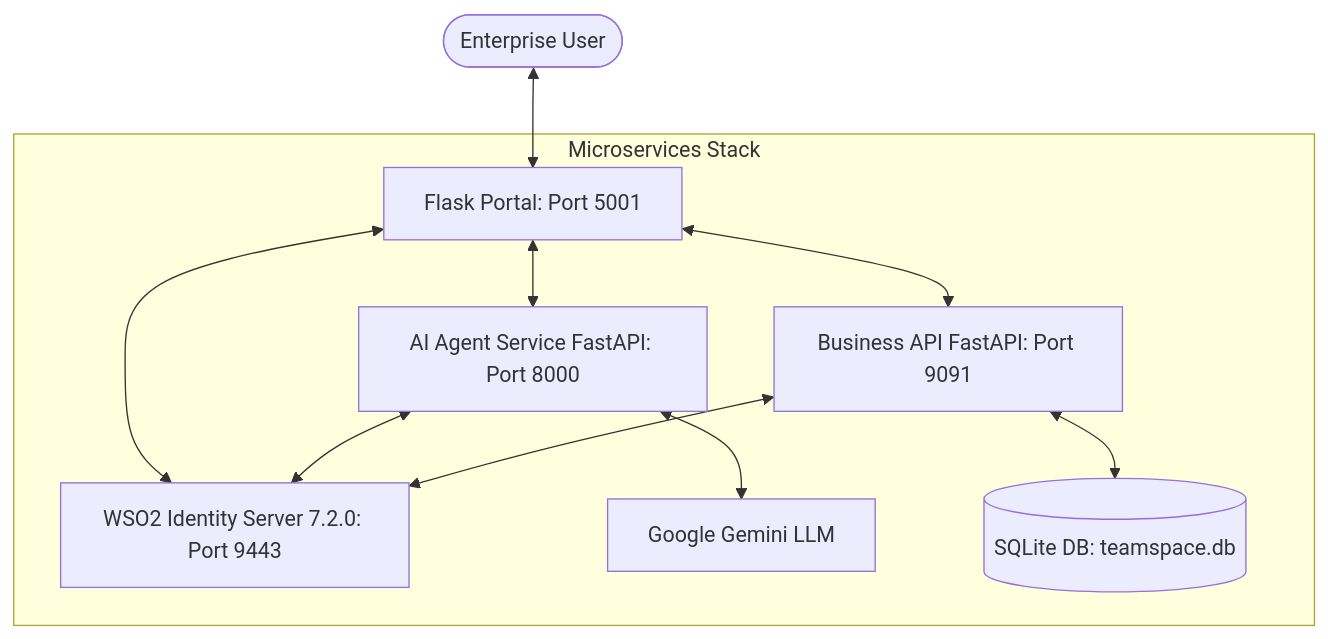
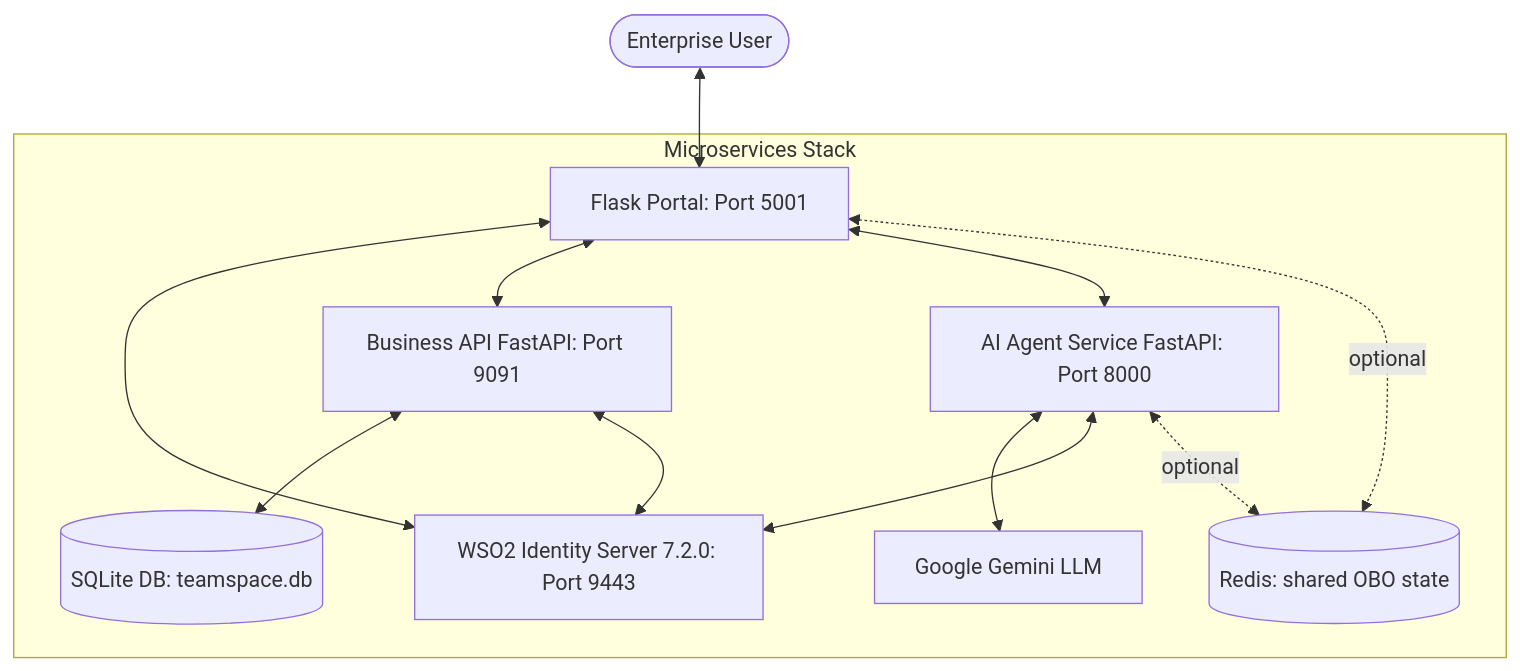
Before and after one commit to vfraga/wso2-teamspace-demo: the first of 2 diagrams in README.md, drawn with Mermaid. The commit also changed other lines of this file and 62 other files, not shown here.

````diff
--- a/README.md
+++ b/README.md
@@ -27,15 +27,17 @@
 ```mermaid
 graph TD
     User([Enterprise User]) <--> WebApp[Flask Portal: Port 5001]
     WebApp <--> WSO2[WSO2 Identity Server 7.2.0: Port 9443]
     
     subgraph Microservices Stack
         WebApp <--> BizAPI[Business API FastAPI: Port 9091]
         WebApp <--> AIAgent[AI Agent Service FastAPI: Port 8000]
         AIAgent <--> Gemini[Google Gemini LLM]
         AIAgent <--> WSO2
         BizAPI <--> SQL[(SQLite DB: teamspace.db)]
+        AIAgent <-.optional.-> Redis[(Redis: shared OBO state)]
+        WebApp <-.optional.-> Redis
     end
     
     BizAPI <--> WSO2
 ```
````
